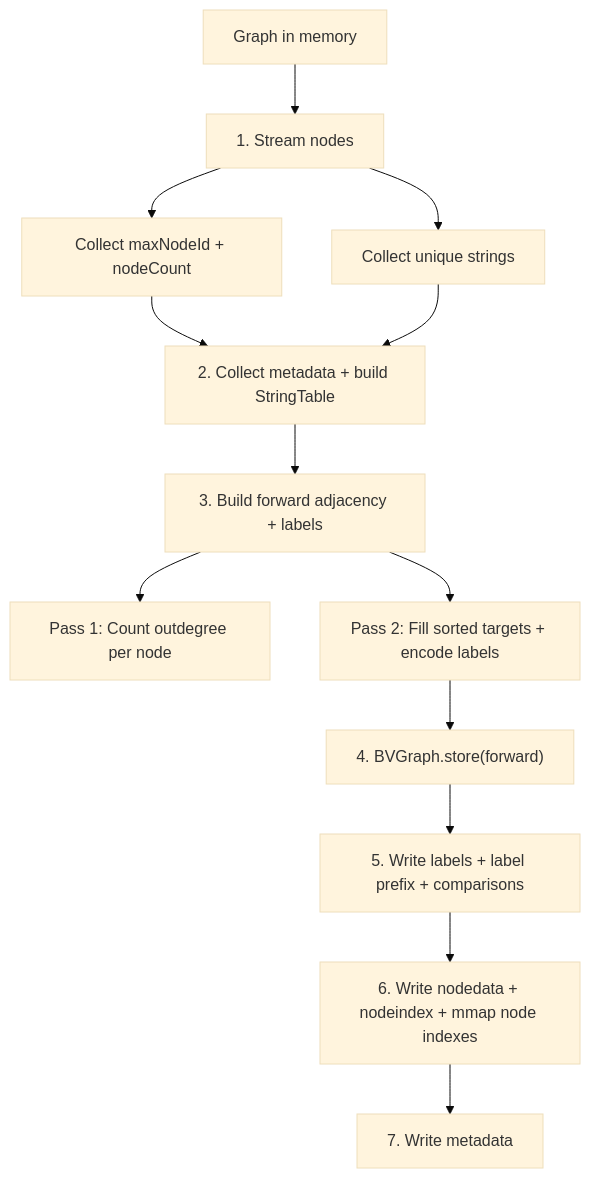
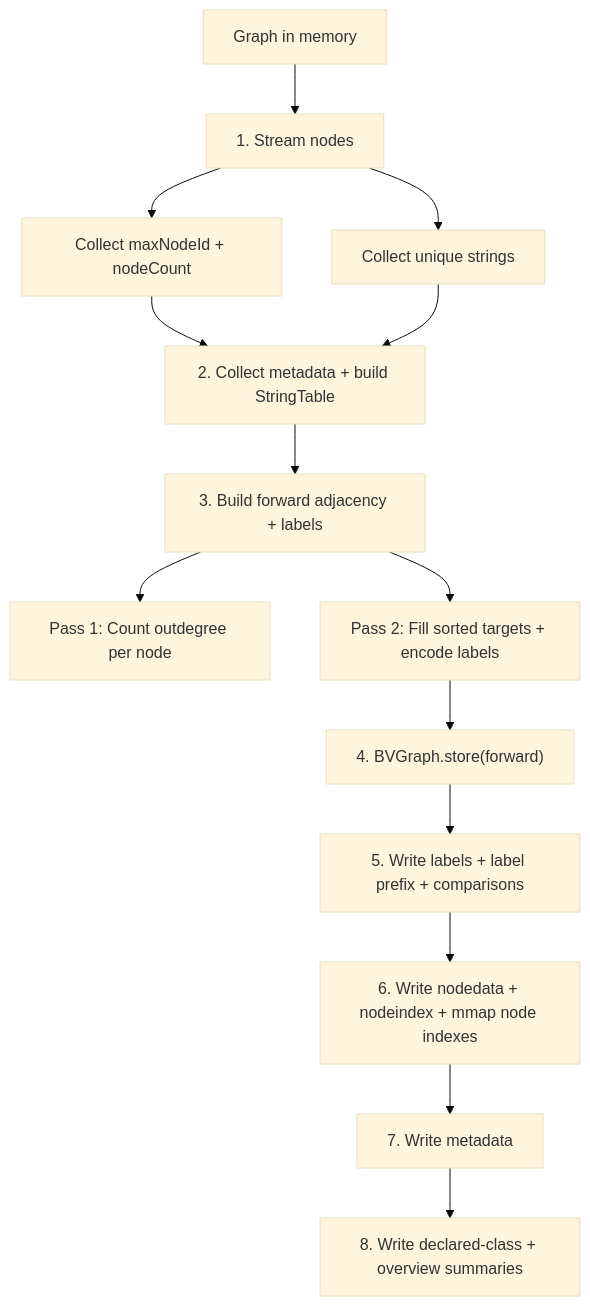
Before and after one commit to johnsonlee/graphite: the first of 2 diagrams in docs/webgraph-storage.md, drawn with Mermaid (base theme). The commit also changed other lines of this file and 20 other files, not shown here.

Commit message:
Add memory-safe multi-graph topology

````diff
--- a/docs/webgraph-storage.md
+++ b/docs/webgraph-storage.md
@@ -74,14 +77,15 @@
 ```mermaid
 graph TD
     A[Graph in memory] --> B[1. Stream nodes]
     B --> B1[Collect maxNodeId + nodeCount]
     B --> B2[Collect unique strings]
     B1 & B2 --> C[2. Collect metadata + build StringTable]
     C --> D["3. Build forward adjacency + labels"]
     D --> D1["Pass 1: Count outdegree per node"]
     D --> D2["Pass 2: Fill sorted targets + encode labels"]
     D2 --> E["4. BVGraph.store(forward)"]
     E --> F[5. Write labels + label prefix + comparisons]
     F --> G["6. Write nodedata + nodeindex + mmap node indexes"]
     G --> H[7. Write metadata]
+    H --> I[8. Write declared-class + overview summaries]
 ```
````
